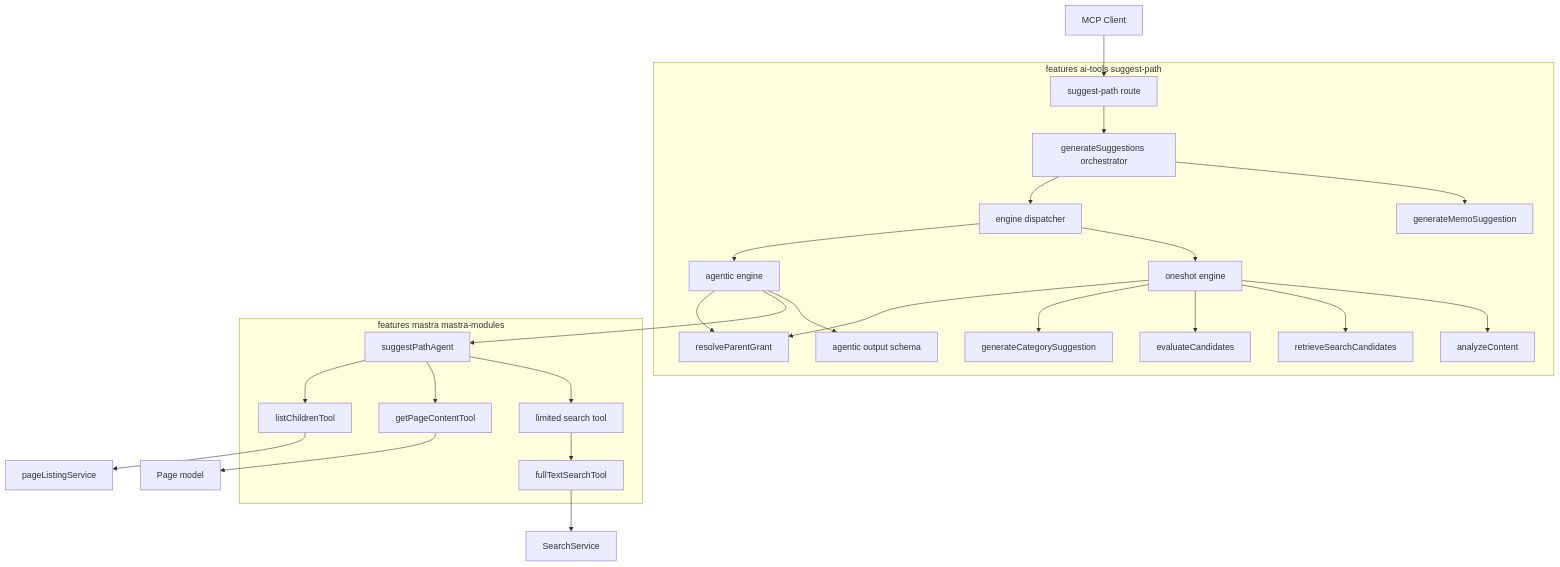
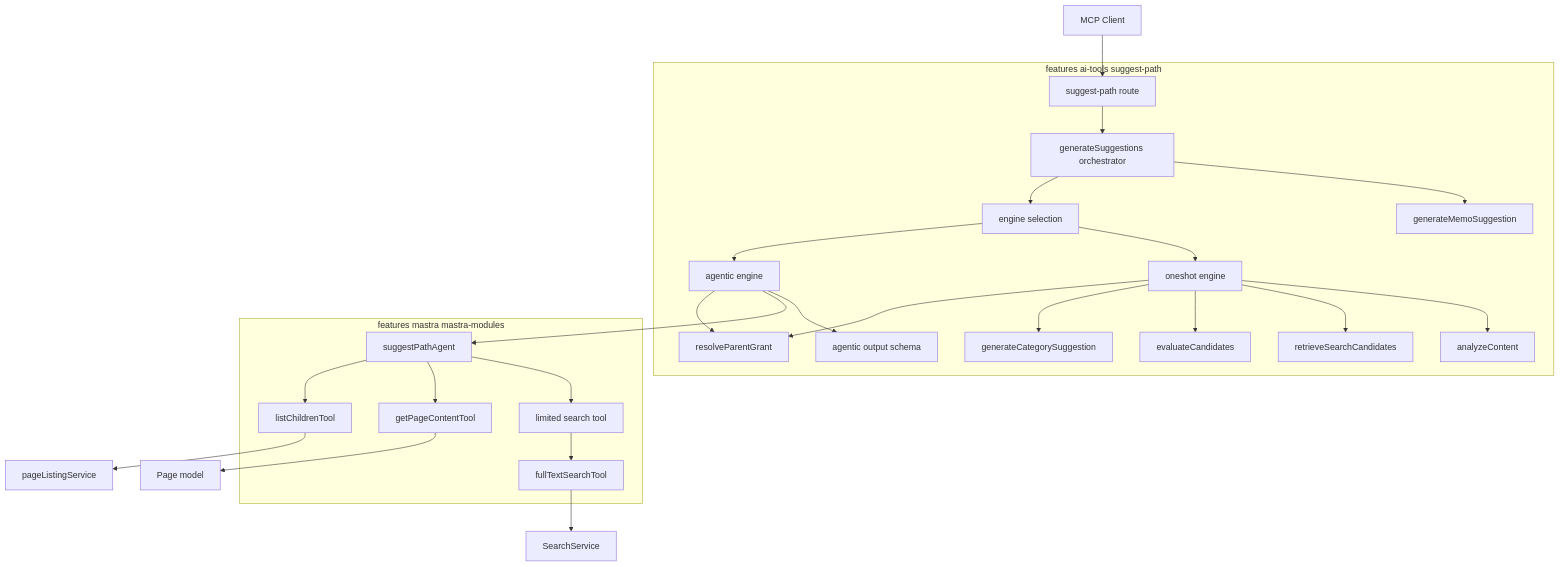
Before and after one commit to growilabs/growi: the first of 2 diagrams in .kiro/specs/suggest-path-agentic/design.md, drawn with Mermaid. The commit also changed other lines of this file and 1 other file, not shown here.

First line of the commit message:
docs(specs): revise suggest-path-agentic spec for availability-based engine fallback

````diff
--- a/.kiro/specs/suggest-path-agentic/design.md
+++ b/.kiro/specs/suggest-path-agentic/design.md
@@ -80,47 +81,47 @@
 ```mermaid
 graph TB
     Client[MCP Client] --> Route[suggest-path route]
     Route --> Orch[generateSuggestions orchestrator]
     Orch --> Memo[generateMemoSuggestion]
-    Orch --> Disp[engine dispatcher]
+    Orch --> Disp[engine selection]
     Disp --> OneshotEng[oneshot engine]
     Disp --> AgenticEng[agentic engine]
     OneshotEng --> Analyze[analyzeContent]
     OneshotEng --> Retrieve[retrieveSearchCandidates]
     OneshotEng --> Evaluate[evaluateCandidates]
     OneshotEng --> Category[generateCategorySuggestion]
     AgenticEng --> Schema[agentic output schema]
     AgenticEng --> Agent[suggestPathAgent]
     AgenticEng --> Grant[resolveParentGrant]
     OneshotEng --> Grant
     Agent --> Limited[limited search tool]
     Agent --> PageTool[getPageContentTool]
     Agent --> ListChildren[listChildrenTool]
     Limited --> FullText[fullTextSearchTool]
     FullText --> ES[SearchService]
     PageTool --> Mongo[Page model]
     ListChildren --> PageListing[pageListingService]
 
     subgraph aitools [features ai-tools suggest-path]
         Route
         Orch
         Memo
         Disp
         OneshotEng
         AgenticEng
         Schema
         Grant
         Analyze
         Retrieve
         Evaluate
         Category
     end
 
     subgraph mastra [features mastra mastra-modules]
         Agent
         Limited
         FullText
         PageTool
         ListChildren
     end
 ```
````
